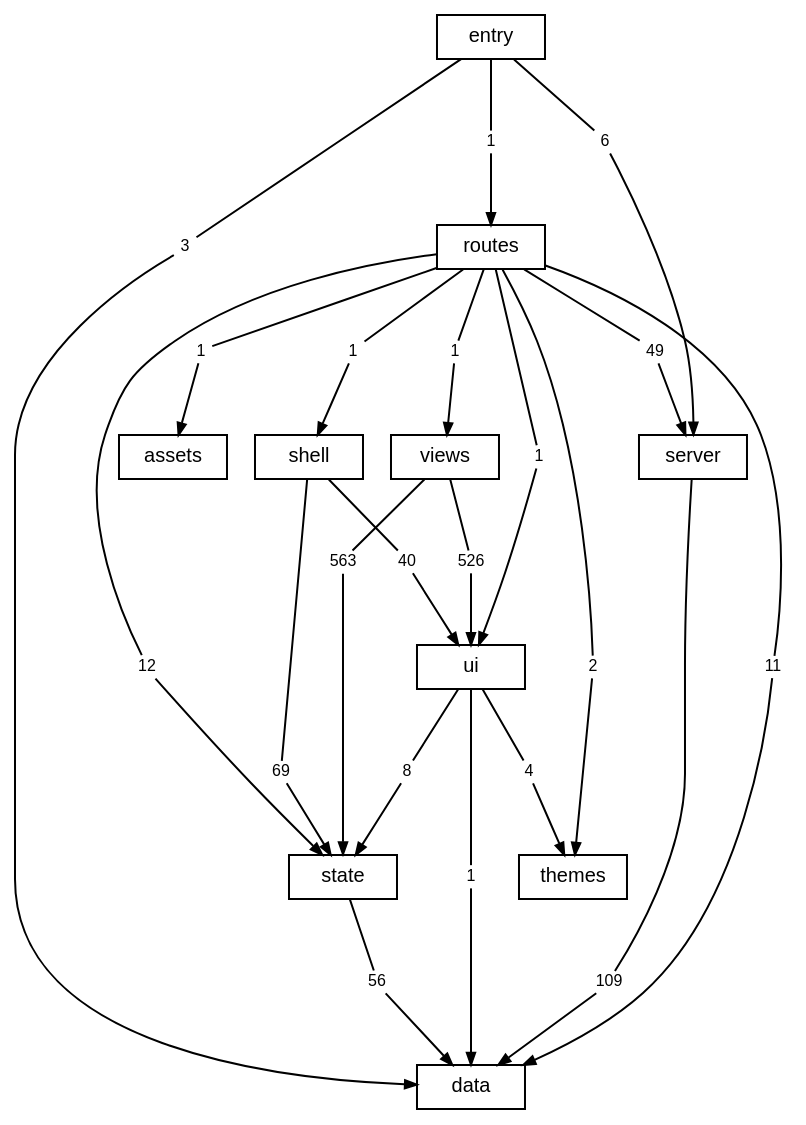
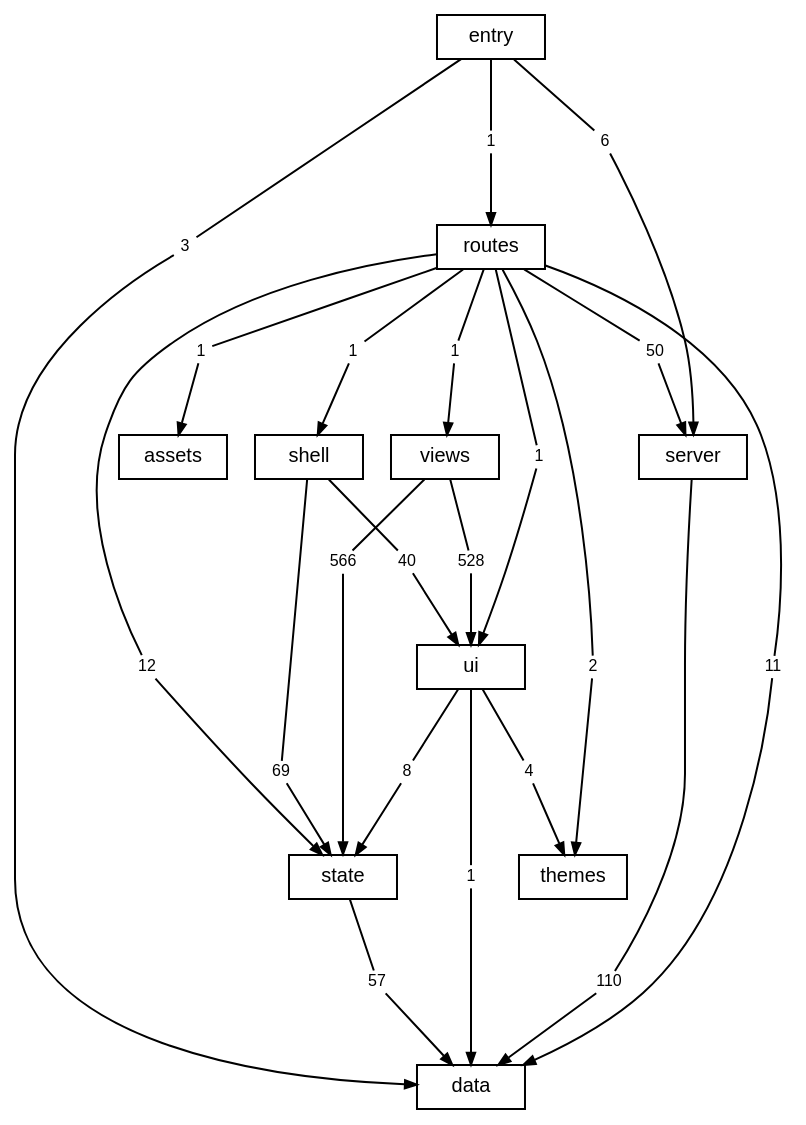
Before and after one commit to TheAxeC/oculus: the diagram in docs/diagrams/layers.dot, drawn with Graphviz. The commit also changed 37 other files, not shown here.

```diff
--- a/docs/diagrams/layers.dot
+++ b/docs/diagrams/layers.dot
@@ -1,75 +1,75 @@
 digraph layers {
     graph [bgcolor="transparent", rankdir=TB, newrank=true, fontname="Helvetica,Arial,sans-serif", fontsize=12, nodesep=0.2, ranksep=0.5];
     node [shape=box, color="black", fontcolor="black", fontname="Helvetica,Arial,sans-serif", fontsize=10, height=0.3, margin="0.12,0.04"];
     edge [color="black", fontcolor="black", fontname="Helvetica,Arial,sans-serif", fontsize=8, arrowsize=0.6];
     "data";
     "server";
     "state";
     "ui";
     "shell";
     "views";
     "themes";
     "routes";
     "src" [label="entry"];
     "files: assets" [label="assets"];
     "routes to data" [label="11", shape=box, color="transparent", fontsize=8, width=0, height=0, margin="0.04,0.02"];
     "routes" -> "routes to data" [arrowhead=none];
     "routes to data" -> "data" [];
     "routes to files: assets" [label="1", shape=box, color="transparent", fontsize=8, width=0, height=0, margin="0.04,0.02"];
     "routes" -> "routes to files: assets" [arrowhead=none];
     "routes to files: assets" -> "files: assets" [];
-    "routes to server" [label="49", shape=box, color="transparent", fontsize=8, width=0, height=0, margin="0.04,0.02"];
+    "routes to server" [label="50", shape=box, color="transparent", fontsize=8, width=0, height=0, margin="0.04,0.02"];
     "routes" -> "routes to server" [arrowhead=none];
     "routes to server" -> "server" [];
     "routes to shell" [label="1", shape=box, color="transparent", fontsize=8, width=0, height=0, margin="0.04,0.02"];
     "routes" -> "routes to shell" [arrowhead=none];
     "routes to shell" -> "shell" [];
     "routes to state" [label="12", shape=box, color="transparent", fontsize=8, width=0, height=0, margin="0.04,0.02"];
     "routes" -> "routes to state" [arrowhead=none];
     "routes to state" -> "state" [];
     "routes to themes" [label="2", shape=box, color="transparent", fontsize=8, width=0, height=0, margin="0.04,0.02"];
     "routes" -> "routes to themes" [arrowhead=none];
     "routes to themes" -> "themes" [];
     "routes to ui" [label="1", shape=box, color="transparent", fontsize=8, width=0, height=0, margin="0.04,0.02"];
     "routes" -> "routes to ui" [arrowhead=none];
     "routes to ui" -> "ui" [];
     "routes to views" [label="1", shape=box, color="transparent", fontsize=8, width=0, height=0, margin="0.04,0.02"];
     "routes" -> "routes to views" [arrowhead=none];
     "routes to views" -> "views" [];
-    "server to data" [label="109", shape=box, color="transparent", fontsize=8, width=0, height=0, margin="0.04,0.02"];
+    "server to data" [label="110", shape=box, color="transparent", fontsize=8, width=0, height=0, margin="0.04,0.02"];
     "server" -> "server to data" [arrowhead=none];
     "server to data" -> "data" [];
     "shell to state" [label="69", shape=box, color="transparent", fontsize=8, width=0, height=0, margin="0.04,0.02"];
     "shell" -> "shell to state" [arrowhead=none];
     "shell to state" -> "state" [];
     "shell to ui" [label="40", shape=box, color="transparent", fontsize=8, width=0, height=0, margin="0.04,0.02"];
     "shell" -> "shell to ui" [arrowhead=none];
     "shell to ui" -> "ui" [];
     "src to data" [label="3", shape=box, color="transparent", fontsize=8, width=0, height=0, margin="0.04,0.02"];
     "src" -> "src to data" [arrowhead=none];
     "src to data" -> "data" [];
     "src to routes" [label="1", shape=box, color="transparent", fontsize=8, width=0, height=0, margin="0.04,0.02"];
     "src" -> "src to routes" [arrowhead=none];
     "src to routes" -> "routes" [];
     "src to server" [label="6", shape=box, color="transparent", fontsize=8, width=0, height=0, margin="0.04,0.02"];
     "src" -> "src to server" [arrowhead=none];
     "src to server" -> "server" [];
-    "state to data" [label="56", shape=box, color="transparent", fontsize=8, width=0, height=0, margin="0.04,0.02"];
+    "state to data" [label="57", shape=box, color="transparent", fontsize=8, width=0, height=0, margin="0.04,0.02"];
     "state" -> "state to data" [arrowhead=none];
     "state to data" -> "data" [];
     "ui to data" [label="1", shape=box, color="transparent", fontsize=8, width=0, height=0, margin="0.04,0.02"];
     "ui" -> "ui to data" [arrowhead=none];
     "ui to data" -> "data" [];
     "ui to state" [label="8", shape=box, color="transparent", fontsize=8, width=0, height=0, margin="0.04,0.02"];
     "ui" -> "ui to state" [arrowhead=none];
     "ui to state" -> "state" [];
     "ui to themes" [label="4", shape=box, color="transparent", fontsize=8, width=0, height=0, margin="0.04,0.02"];
     "ui" -> "ui to themes" [arrowhead=none];
     "ui to themes" -> "themes" [];
-    "views to state" [label="563", shape=box, color="transparent", fontsize=8, width=0, height=0, margin="0.04,0.02"];
+    "views to state" [label="566", shape=box, color="transparent", fontsize=8, width=0, height=0, margin="0.04,0.02"];
     "views" -> "views to state" [arrowhead=none];
     "views to state" -> "state" [];
-    "views to ui" [label="526", shape=box, color="transparent", fontsize=8, width=0, height=0, margin="0.04,0.02"];
+    "views to ui" [label="528", shape=box, color="transparent", fontsize=8, width=0, height=0, margin="0.04,0.02"];
     "views" -> "views to ui" [arrowhead=none];
     "views to ui" -> "ui" [];
 }
```
